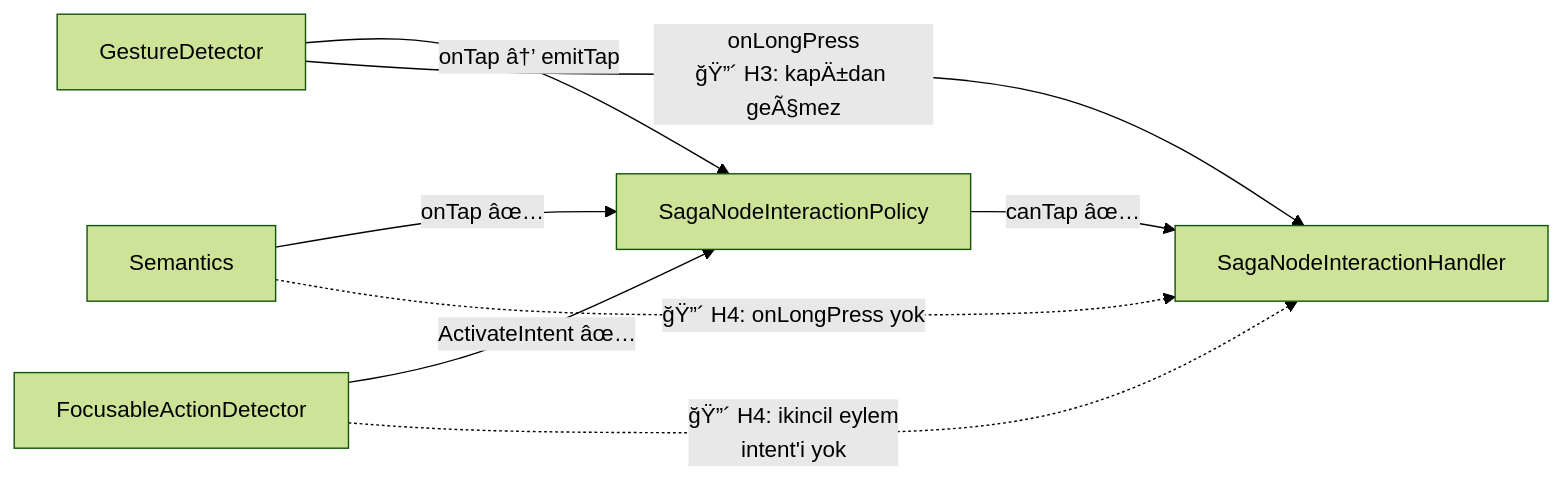
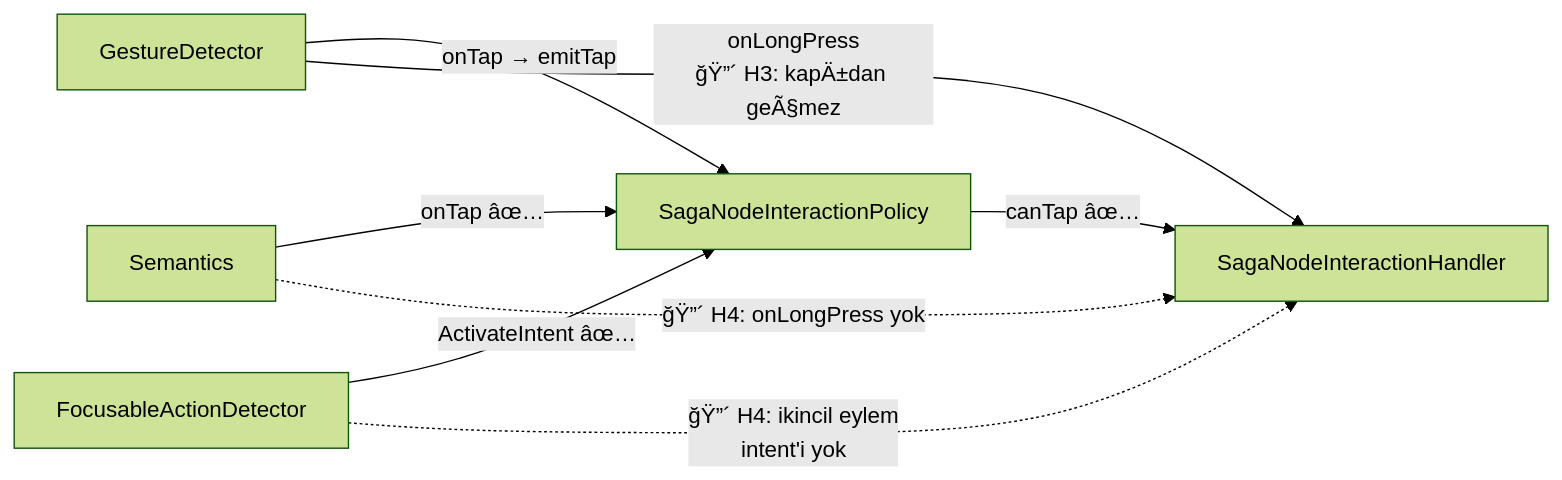
Before and after one commit to mulosbron/SagaMap: the fifth of 5 diagrams in docs/reports/05-c4-genisleme-noktalari.md, drawn with Mermaid (forest theme). The commit also changed other lines of this file and 10 other files, not shown here.

````diff
--- a/docs/reports/05-c4-genisleme-noktalari.md
+++ b/docs/reports/05-c4-genisleme-noktalari.md
@@ -151,16 +151,16 @@
 ```mermaid
 graph LR
     gd["GestureDetector"]
     sem["Semantics"]
     fad["FocusableActionDetector"]
     pol["SagaNodeInteractionPolicy"]
     h["SagaNodeInteractionHandler"]
 
-    gd -->|"onTap â†’ emitTap"| pol
+    gd -->|"onTap → emitTap"| pol
     pol -->|"canTap âœ…"| h
     gd -->|"onLongPress<br/>ğŸ”´ H3: kapÄ±dan geÃ§mez"| h
     sem -->|"onTap âœ…"| pol
     sem -.->|"ğŸ”´ H4: onLongPress yok"| h
     fad -->|"ActivateIntent âœ…"| pol
     fad -.->|"ğŸ”´ H4: ikincil eylem<br/>intent'i yok"| h
 ```
````
